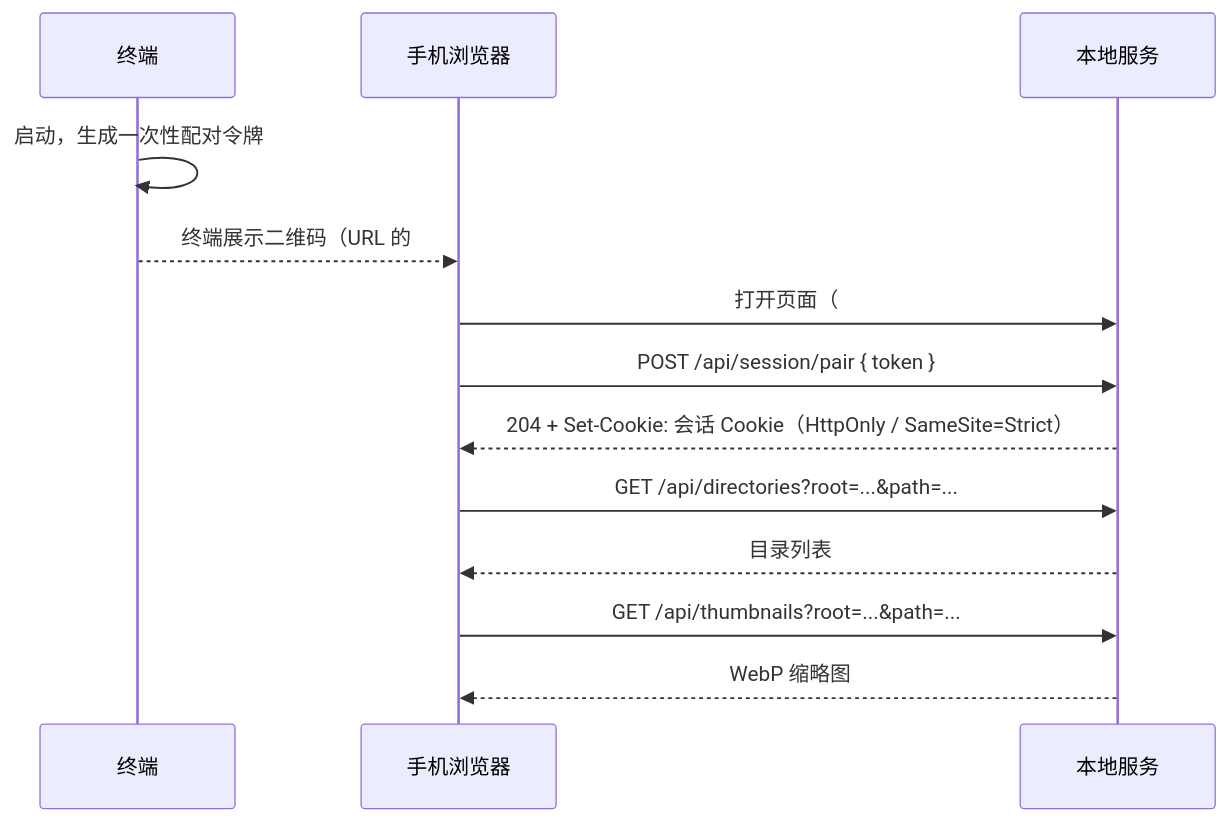
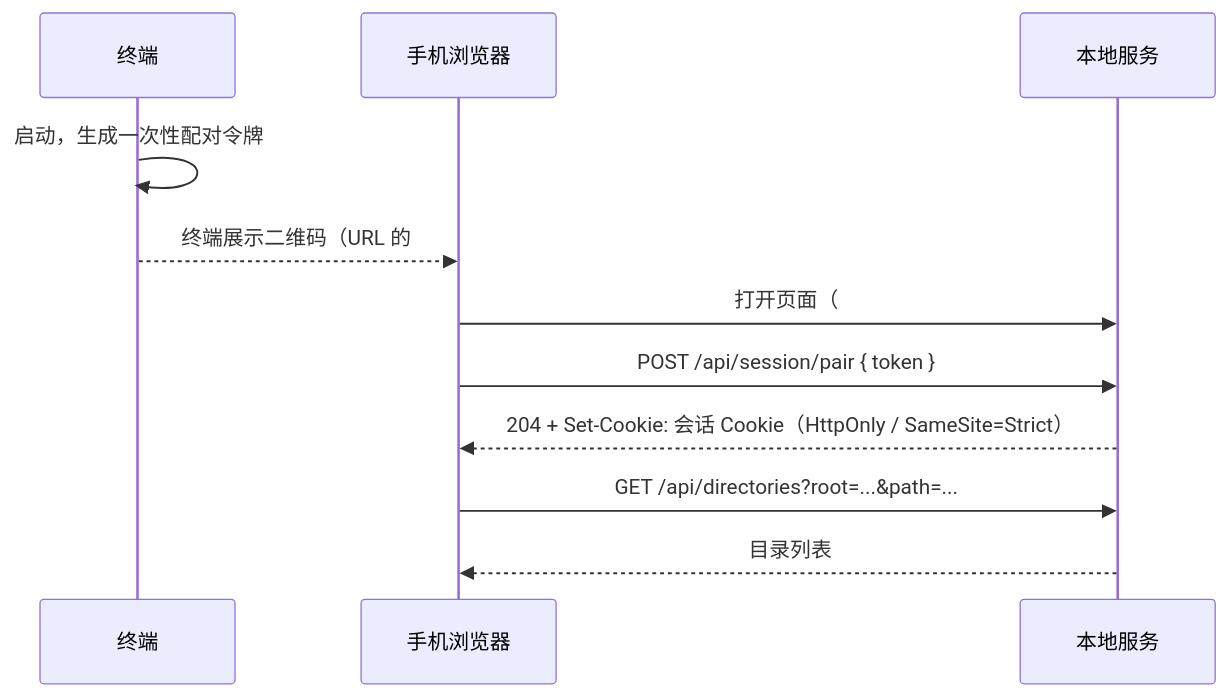
Before and after one commit to Tillas-star/DSH_SuperagentHub-Private-: the second of 3 diagrams in docs/proposals/mobile-file-browser.md, drawn with Mermaid. The commit also changed other lines of this file, not shown here.

````diff
--- a/docs/proposals/mobile-file-browser.md
+++ b/docs/proposals/mobile-file-browser.md
@@ -134,15 +180,13 @@
 ```mermaid
 sequenceDiagram
   participant T as 终端
   participant P as 手机浏览器
   participant S as 本地服务
   T->>T: 启动，生成一次性配对令牌
   T-->>P: 终端展示二维码（URL 的 #fragment 携带令牌）
   P->>S: 打开页面（#fragment 不会发送给服务器/日志）
   P->>S: POST /api/session/pair { token }
   S-->>P: 204 + Set-Cookie: 会话 Cookie（HttpOnly / SameSite=Strict）
   P->>S: GET /api/directories?root=...&path=...
   S-->>P: 目录列表
-  P->>S: GET /api/thumbnails?root=...&path=...
-  S-->>P: WebP 缩略图
 ```
````
